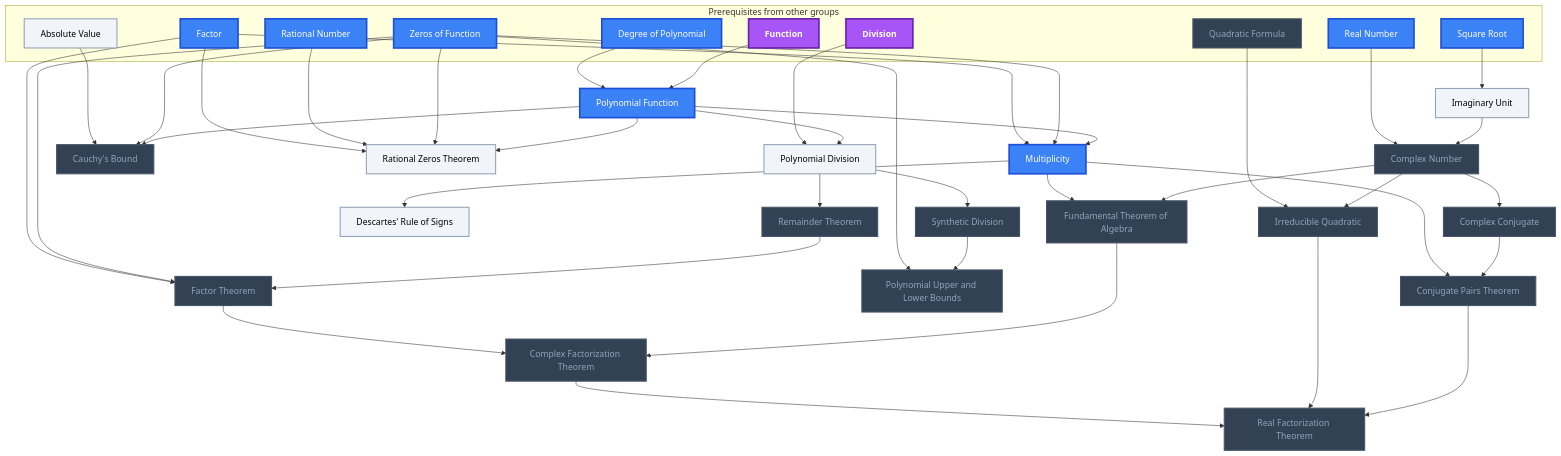
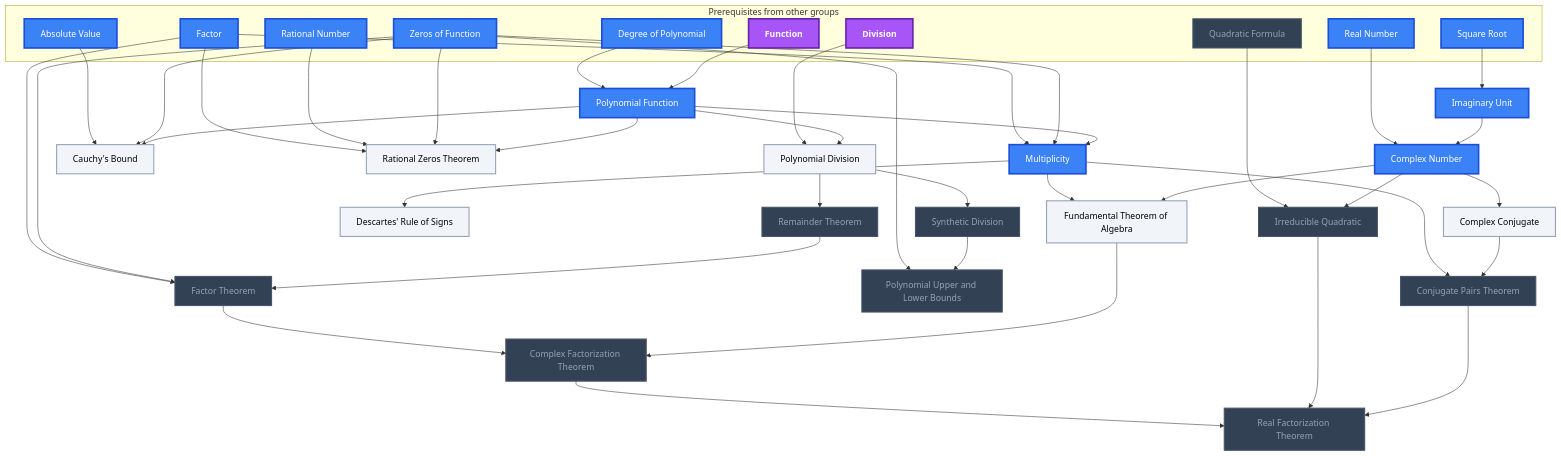
Before and after one commit to MRauf1/My-Notes: the third of 11 diagrams in Gamification/Skill Trees/Pre-Calculus.md, drawn with Mermaid. The commit also changed other lines of this file and 57 other files, not shown here.

````diff
--- a/Gamification/Skill Trees/Pre-Calculus.md
+++ b/Gamification/Skill Trees/Pre-Calculus.md
@@ -330,9 +330,9 @@
     n_complex_factorization_theorem --> n_real_factorization_theorem
     n_irreducible_quadratic --> n_real_factorization_theorem
     n_conjugate_pairs_theorem --> n_real_factorization_theorem
-    class n_quadratic_formula,n_remainder_theorem,n_factor_theorem,n_synthetic_division,n_cauchy_s_bound,n_polynomial_upper_and_lower_bounds,n_complex_number,n_complex_conjugate,n_fundamental_theorem_of_algebra,n_complex_factorization_theorem,n_irreducible_quadratic,n_conjugate_pairs_theorem,n_real_factorization_theorem locked;
-    class n_absolute_value,n_polynomial_division,n_rational_zeros_theorem,n_descartes_rule_of_signs,n_imaginary_unit L0;
-    class n_degree_of_polynomial,n_factor,n_zeros_of_function,n_rational_number,n_square_root,n_real_number,n_polynomial_function,n_multiplicity L2;
+    class n_quadratic_formula,n_remainder_theorem,n_factor_theorem,n_synthetic_division,n_polynomial_upper_and_lower_bounds,n_complex_factorization_theorem,n_irreducible_quadratic,n_conjugate_pairs_theorem,n_real_factorization_theorem locked;
+    class n_polynomial_division,n_cauchy_s_bound,n_rational_zeros_theorem,n_descartes_rule_of_signs,n_complex_conjugate,n_fundamental_theorem_of_algebra L0;
+    class n_degree_of_polynomial,n_factor,n_zeros_of_function,n_absolute_value,n_rational_number,n_square_root,n_real_number,n_polynomial_function,n_multiplicity,n_imaginary_unit,n_complex_number L2;
     class n_function,n_division L3;
     class n_degree_of_polynomial,n_function,n_factor,n_zeros_of_function,n_division,n_absolute_value,n_rational_number,n_square_root,n_real_number,n_quadratic_formula,n_polynomial_function,n_multiplicity,n_polynomial_division,n_remainder_theorem,n_factor_theorem,n_synthetic_division,n_cauchy_s_bound,n_rational_zeros_theorem,n_descartes_rule_of_signs,n_polynomial_upper_and_lower_bounds,n_imaginary_unit,n_complex_number,n_complex_conjugate,n_fundamental_theorem_of_algebra,n_complex_factorization_theorem,n_irreducible_quadratic,n_conjugate_pairs_theorem,n_real_factorization_theorem internal-link;
 ```
````
